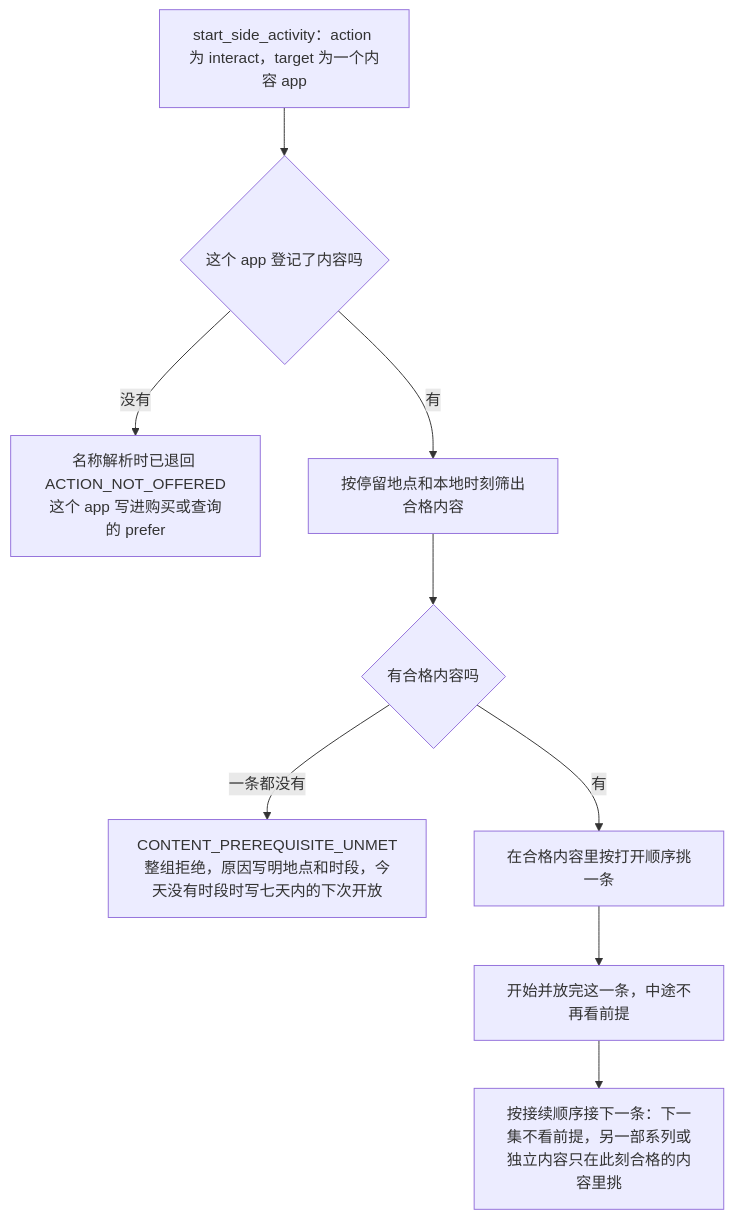
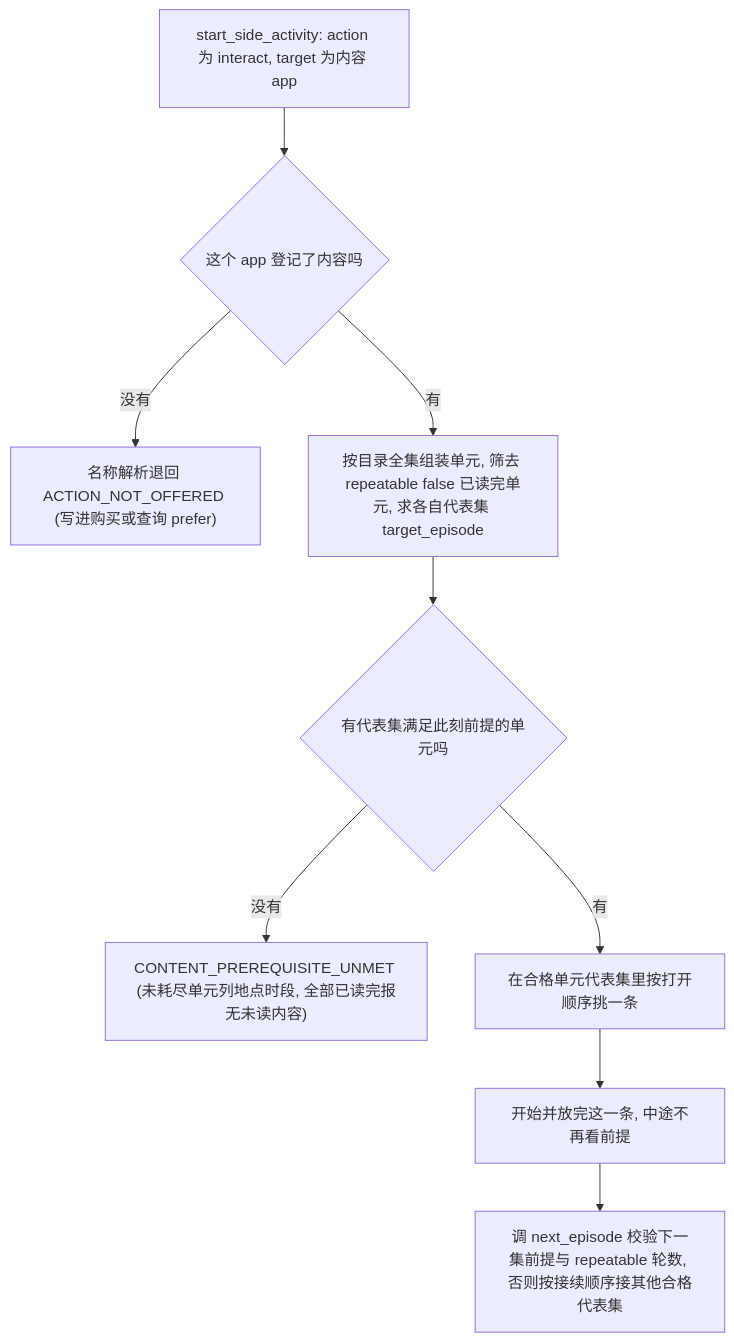
The fourth of 5 diagrams in docs/design/04-simulation-engine.md (HoldThatThgt/WorldMock), drawn with Mermaid before and after one commit. The commit also changed other lines of this file and 113 other files, not shown here.

````diff
--- a/docs/design/04-simulation-engine.md
+++ b/docs/design/04-simulation-engine.md
@@ -339,11 +382,11 @@
 ```mermaid
 flowchart TD
-    A["start_side_activity：action 为 interact，target 为一个内容 app"] --> B{"这个 app 登记了内容吗"}
-    B -->|没有| Refuse["名称解析时已退回 ACTION_NOT_OFFERED<br/>这个 app 写进购买或查询的 prefer"]
-    B -->|有| C["按停留地点和本地时刻筛出合格内容"]
-    C --> D{"有合格内容吗"}
-    D -->|一条都没有| X["CONTENT_PREREQUISITE_UNMET<br/>整组拒绝，原因写明地点和时段，今天没有时段时写七天内的下次开放"]
-    D -->|有| E["在合格内容里按打开顺序挑一条"]
-    E --> F["开始并放完这一条，中途不再看前提"]
-    F --> G["按接续顺序接下一条：下一集不看前提，另一部系列或独立内容只在此刻合格的内容里挑"]
+    A["start_side_activity: action 为 interact, target 为内容 app"] --> B{"这个 app 登记了内容吗"}
+    B -- "没有" --> Refuse["名称解析退回 ACTION_NOT_OFFERED (写进购买或查询 prefer)"]
+    B -- "有" --> C["按目录全集组装单元, 筛去 repeatable false 已读完单元, 求各自代表集 target_episode"]
+    C --> D{"有代表集满足此刻前提的单元吗"}
+    D -- "没有" --> X["CONTENT_PREREQUISITE_UNMET (未耗尽单元列地点时段, 全部已读完报无未读内容)"]
+    D -- "有" --> E["在合格单元代表集里按打开顺序挑一条"]
+    E --> F["开始并放完这一条, 中途不再看前提"]
+    F --> G["调 next_episode 校验下一集前提与 repeatable 轮数, 否则按接续顺序接其他合格代表集"]
 ```
````
